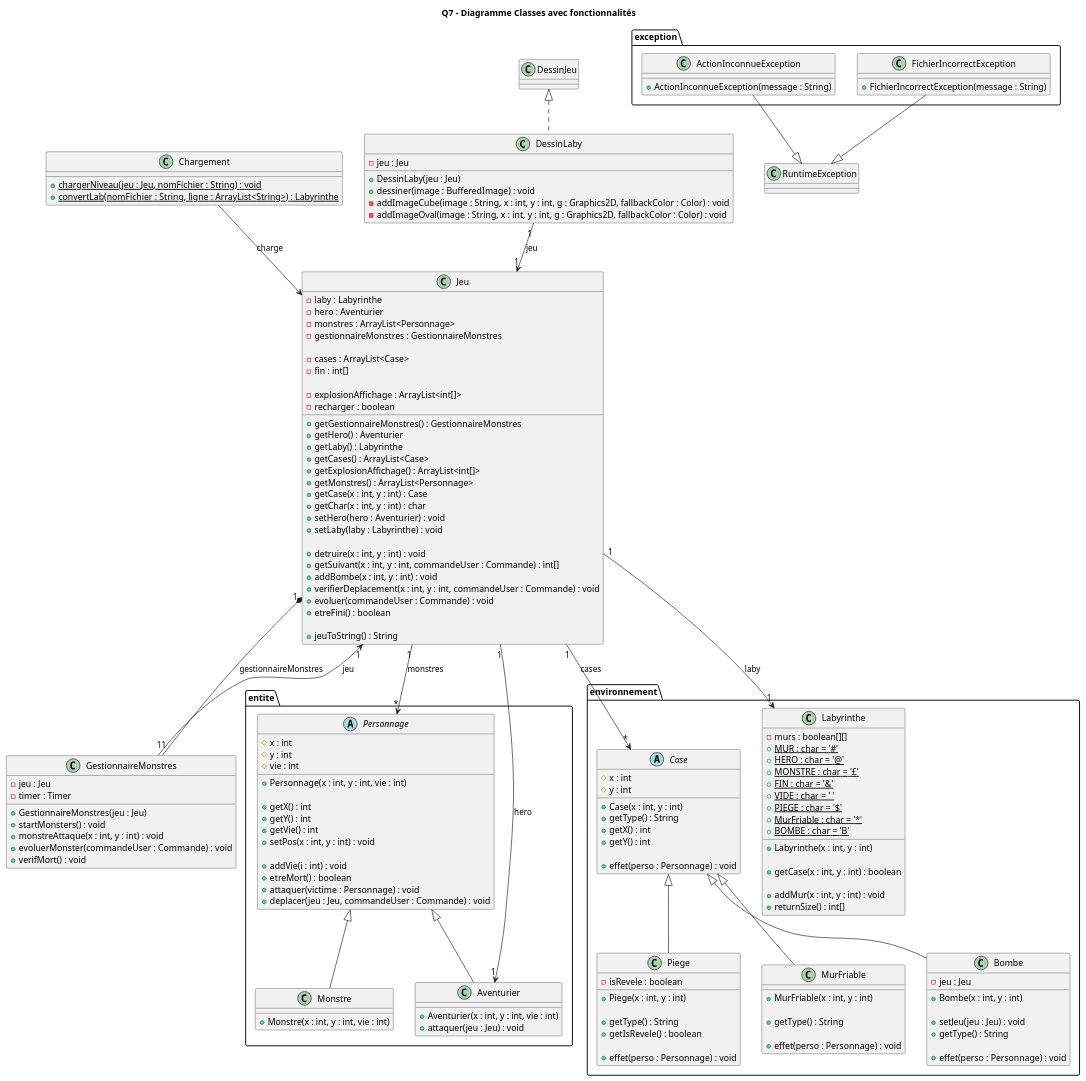
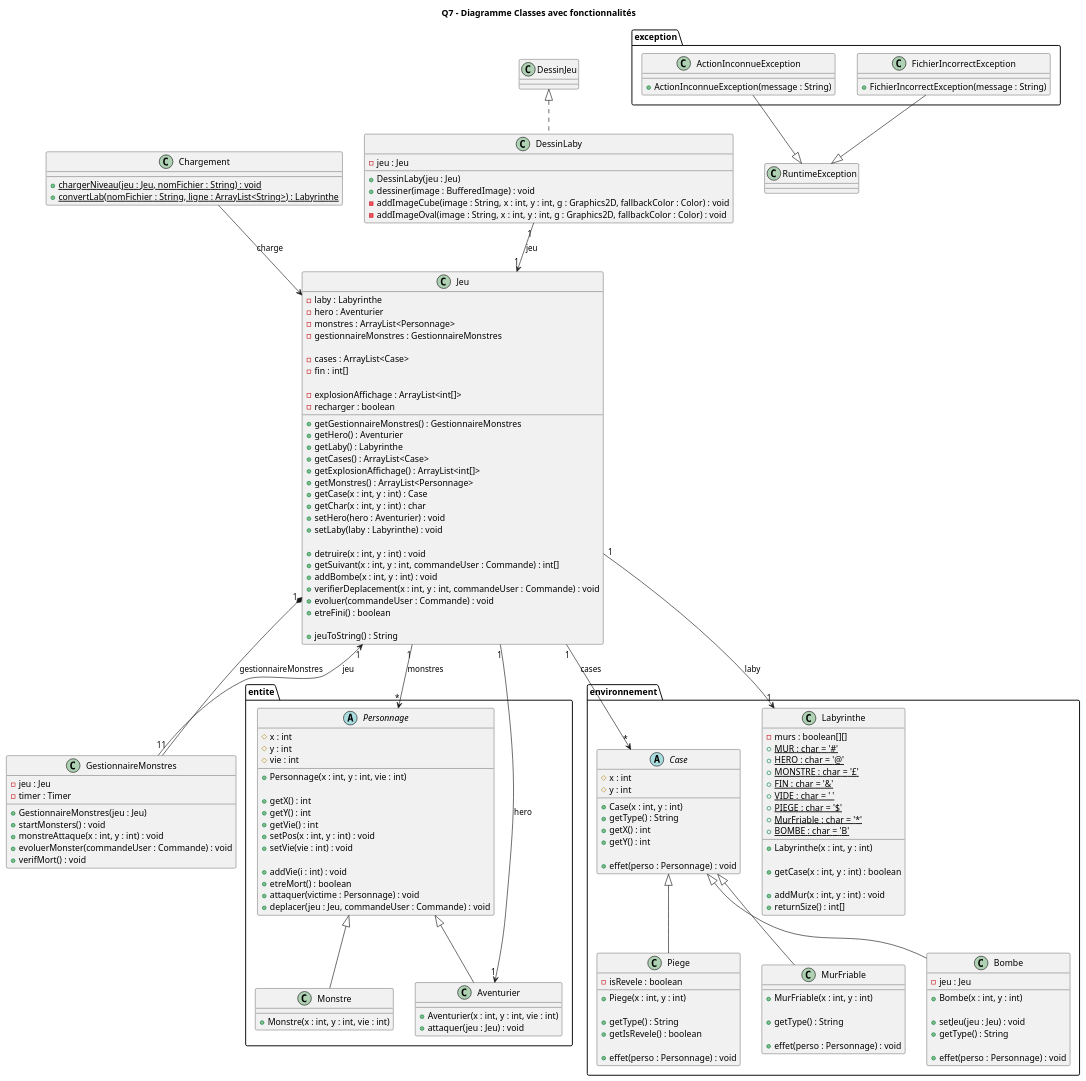
Before and after one commit to lucas-martinati-pro/SAE_S2.01_Zeldiablo-LucasM_JeanLM_PierreGSV: the diagram in documents/version_2/Q7 - Diagramme Classes avec fonctionnalités.puml, drawn with PlantUML. The commit also changed 3 other files, not shown here.

```diff
--- a/documents/version_2/Q7 - Diagramme Classes avec fonctionnalités.puml
+++ b/documents/version_2/Q7 - Diagramme Classes avec fonctionnalités.puml
@@ -1,191 +1,192 @@
 @startuml
 title Q7 - Diagramme Classes avec fonctionnalités
 
 class "Jeu" {
     - laby : Labyrinthe
     - hero : Aventurier
     - monstres : ArrayList<Personnage>
     - gestionnaireMonstres : GestionnaireMonstres
 
     - cases : ArrayList<Case>
     - fin : int[]
 
     - explosionAffichage : ArrayList<int[]>
     - recharger : boolean
 
     + getGestionnaireMonstres() : GestionnaireMonstres
     + getHero() : Aventurier
     + getLaby() : Labyrinthe
     + getCases() : ArrayList<Case>
     + getExplosionAffichage() : ArrayList<int[]>
     + getMonstres() : ArrayList<Personnage>
     + getCase(x : int, y : int) : Case
     + getChar(x : int, y : int) : char
     + setHero(hero : Aventurier) : void
     + setLaby(laby : Labyrinthe) : void
 
     + detruire(x : int, y : int) : void
     + getSuivant(x : int, y : int, commandeUser : Commande) : int[]
     + addBombe(x : int, y : int) : void
     + verifierDeplacement(x : int, y : int, commandeUser : Commande) : void
     + evoluer(commandeUser : Commande) : void
     + etreFini() : boolean
 
     + jeuToString() : String
 }
 
 class GestionnaireMonstres {
     - jeu : Jeu
     - timer : Timer
 
     + GestionnaireMonstres(jeu : Jeu)
     + startMonsters() : void
     + monstreAttaque(x : int, y : int) : void
     + evoluerMonster(commandeUser : Commande) : void
     + verifMort() : void
 }
 
 class Chargement {
     + {static} chargerNiveau(jeu : Jeu, nomFichier : String) : void
     + {static} convertLab(nomFichier : String, ligne : ArrayList<String>) : Labyrinthe
 }
 
 class DessinLaby {
     - jeu : Jeu
 
     + DessinLaby(jeu : Jeu)
     + dessiner(image : BufferedImage) : void
     - addImageCube(image : String, x : int, y : int, g : Graphics2D, fallbackColor : Color) : void
     - addImageOval(image : String, x : int, y : int, g : Graphics2D, fallbackColor : Color) : void
 }
 
 package "entite" {
     abstract class Personnage {
         # x : int
         # y : int
         # vie : int
 
         + Personnage(x : int, y : int, vie : int)
 
         + getX() : int
         + getY() : int
         + getVie() : int
         + setPos(x : int, y : int) : void
+        + setVie(vie : int) : void
 
         + addVie(i : int) : void
         + etreMort() : boolean
         + attaquer(victime : Personnage) : void
         + deplacer(jeu : Jeu, commandeUser : Commande) : void
     }
 
     class Aventurier {
         + Aventurier(x : int, y : int, vie : int)
         + attaquer(jeu : Jeu) : void
     }
 
     class Monstre {
         + Monstre(x : int, y : int, vie : int)
     }
 }
 
 package "environnement" {
 
     abstract class Case {
         # x : int
         # y : int
 
         + Case(x : int, y : int)
         + getType() : String
         + getX() : int
         + getY() : int
 
         + effet(perso : Personnage) : void
     }
 
     class Labyrinthe {
         - murs : boolean[][]
         + {static} MUR : char = '#'
         + {static} HERO : char = '@'
         + {static} MONSTRE : char = '£'
         + {static} FIN : char = '&'
         + {static} VIDE : char = ' '
         + {static} PIEGE : char = '$'
         + {static} MurFriable : char = '*'
         + {static} BOMBE : char = 'B'
 
         + Labyrinthe(x : int, y : int)
 
         + getCase(x : int, y : int) : boolean
 
         + addMur(x : int, y : int) : void
         + returnSize() : int[]
     }
 
     class Piege {
         - isRevele : boolean
 
         + Piege(x : int, y : int)
 
         + getType() : String
         + getIsRevele() : boolean
 
         + effet(perso : Personnage) : void
     }
 
     class MurFriable {
         + MurFriable(x : int, y : int)
 
         + getType() : String
 
         + effet(perso : Personnage) : void
     }
 
     class Bombe {
         - jeu : Jeu
 
         + Bombe(x : int, y : int)
 
         + setJeu(jeu : Jeu) : void
         + getType() : String
 
         + effet(perso : Personnage) : void
     }
 }
 
 package "exception" {
     class ActionInconnueException {
         + ActionInconnueException(message : String)
     }
 
     class FichierIncorrectException {
         + FichierIncorrectException(message : String)
     }
 }
 
 ' ========================
 ' Relations
 ' ========================
 Case <|-- Piege
 Case <|-- MurFriable
 Case <|-- Bombe
 
 Personnage <|-- Aventurier
 Personnage <|-- Monstre
 
 ActionInconnueException --|> RuntimeException
 FichierIncorrectException --|> RuntimeException
 
 DessinJeu <|.. DessinLaby
 
 Jeu "1" --> "1" Labyrinthe : laby
 Jeu "1" --> "1" Aventurier : hero
 Jeu "1" *-- "1" GestionnaireMonstres : gestionnaireMonstres
 Jeu "1" --> "*" Personnage : monstres
 Jeu "1" --> "*" Case : cases
 
 GestionnaireMonstres "1" --> "1" Jeu : jeu
 Chargement --> Jeu : charge
 
 DessinLaby "1" --> "1" Jeu : jeu
 
 @enduml
```
